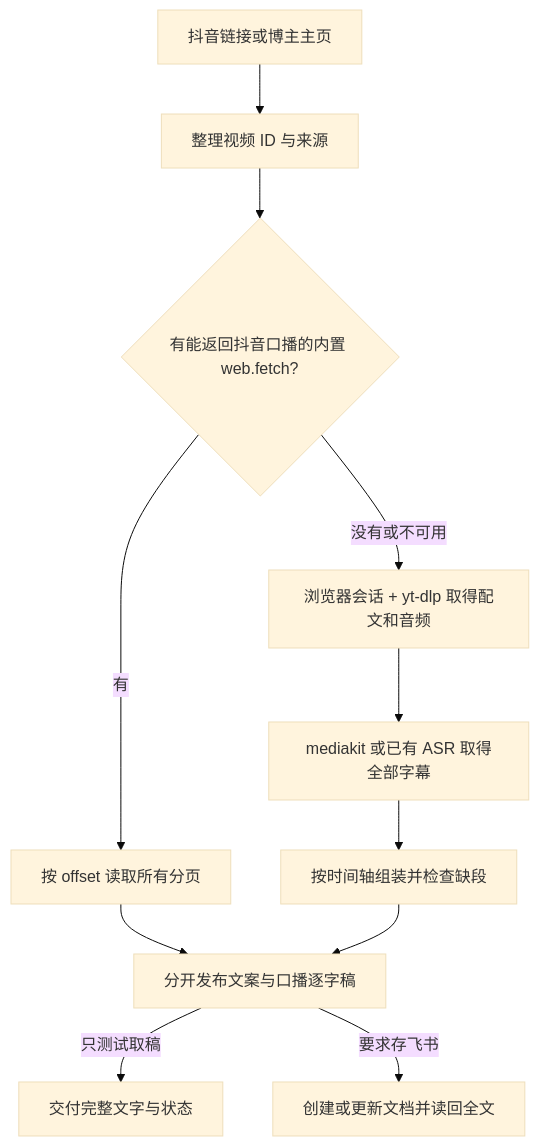
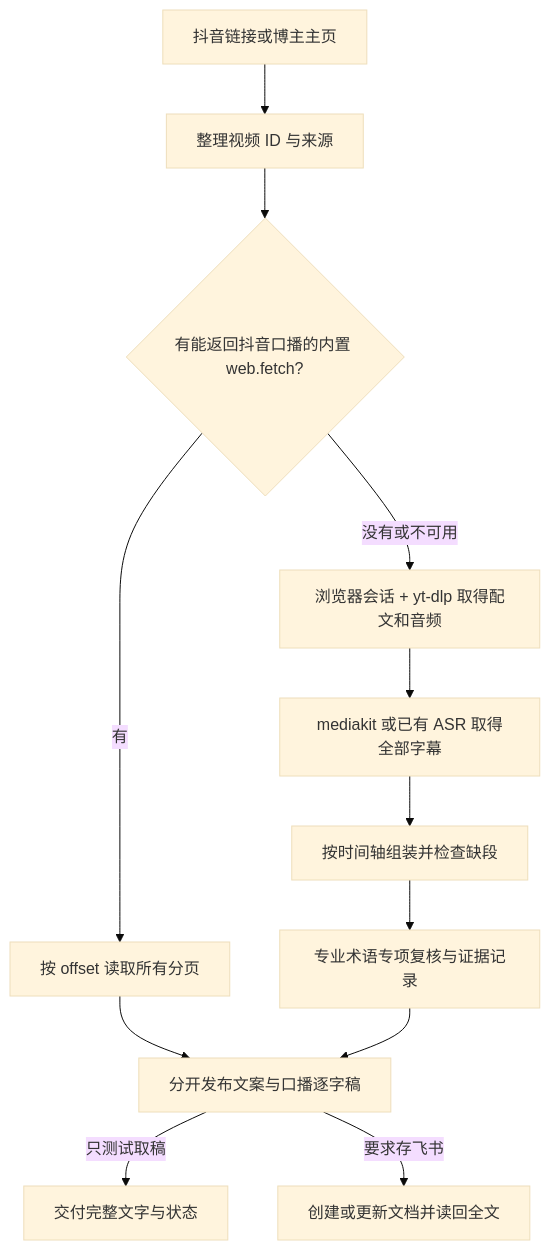
The diagram in README.md (siuserxiaowei/xiaowei-douyin-to-feishu), drawn with Mermaid (base theme) before and after one commit. The commit also changed other lines of this file and 8 other files, not shown here.

````diff
--- a/README.md
+++ b/README.md
@@ -121,13 +122,14 @@
 ```mermaid
 flowchart TD
     A[抖音链接或博主主页] --> B[整理视频 ID 与来源]
     B --> C{有能返回抖音口播的内置 web.fetch?}
     C -->|有| D[按 offset 读取所有分页]
     C -->|没有或不可用| E[浏览器会话 + yt-dlp 取得配文和音频]
     E --> F[mediakit 或已有 ASR 取得全部字幕]
     F --> G[按时间轴组装并检查缺段]
+    G --> K[专业术语专项复核与证据记录]
     D --> H[分开发布文案与口播逐字稿]
-    G --> H
+    K --> H
     H -->|只测试取稿| I[交付完整文字与状态]
     H -->|要求存飞书| J[创建或更新文档并读回全文]
 ```
````
